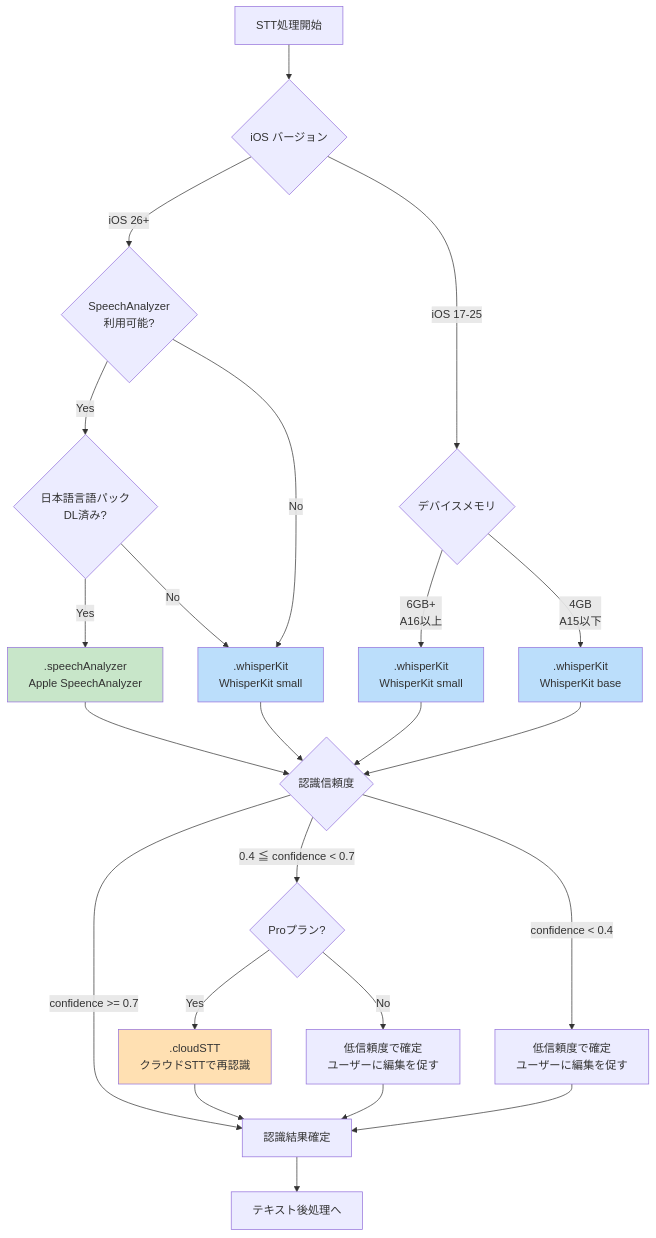
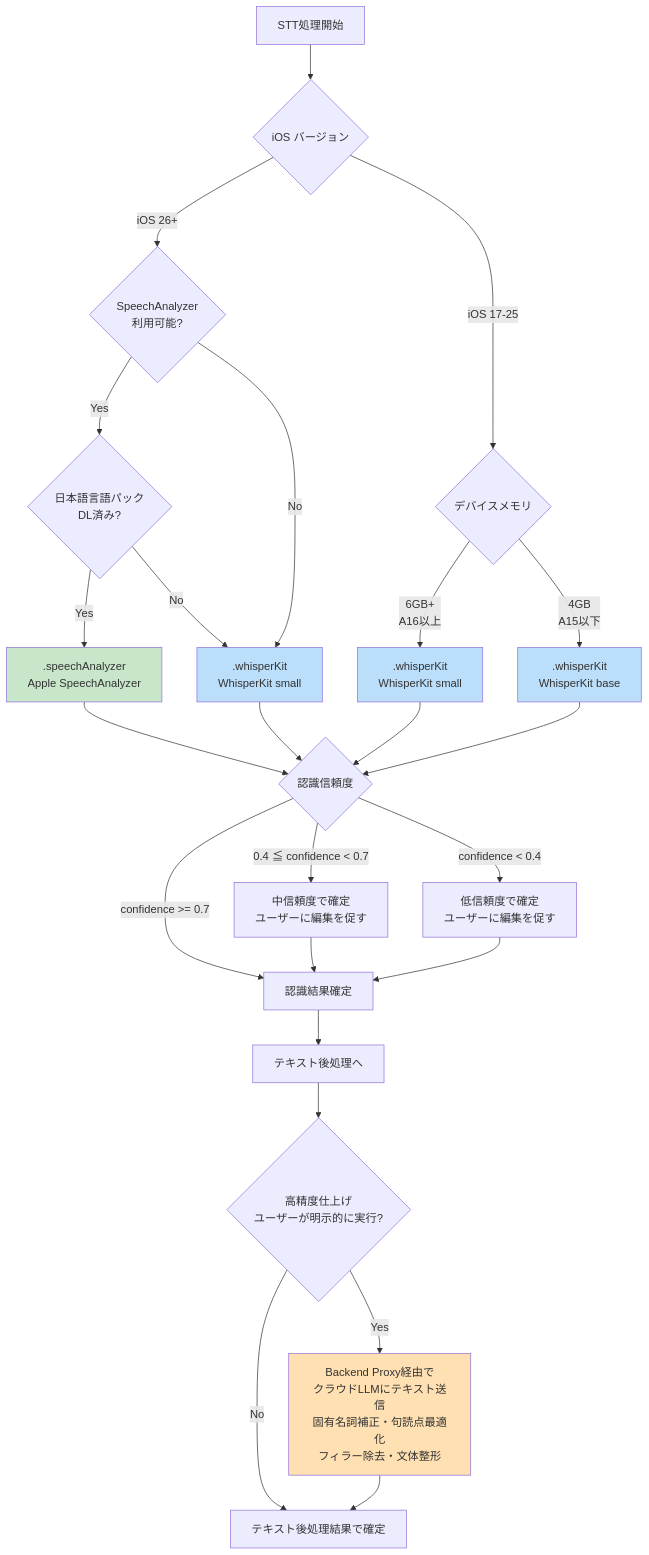
The third of 8 diagrams in docs/spec/ai-voice-memo/design/02-ai-pipeline.md (yoskmr/VoiceMemo), drawn with Mermaid before and after one commit. The commit also changed other lines of this file and 31 other files, not shown here.

````diff
--- a/docs/spec/ai-voice-memo/design/02-ai-pipeline.md
+++ b/docs/spec/ai-voice-memo/design/02-ai-pipeline.md
@@ -439,36 +441,37 @@
 ```mermaid
 flowchart TD
     A[STT処理開始] --> B{iOS バージョン}
 
     B -->|iOS 26+| C{SpeechAnalyzer<br/>利用可能?}
     C -->|Yes| D{日本語言語パック<br/>DL済み?}
     D -->|Yes| E[".speechAnalyzer"<br/>Apple SpeechAnalyzer]
     D -->|No| F[".whisperKit"<br/>WhisperKit small]
     C -->|No| F
 
     B -->|iOS 17-25| G{デバイスメモリ}
     G -->|6GB+<br/>A16以上| H[".whisperKit"<br/>WhisperKit small]
     G -->|4GB<br/>A15以下| I[".whisperKit"<br/>WhisperKit base]
 
     E --> J{認識信頼度}
     F --> J
     H --> J
     I --> J
 
     J -->|confidence >= 0.7| K[認識結果確定]
-    J -->|0.4 ≦ confidence < 0.7| L{Proプラン?}
+    J -->|0.4 ≦ confidence < 0.7| N[中信頼度で確定<br/>ユーザーに編集を促す]
     J -->|confidence < 0.4| N2[低信頼度で確定<br/>ユーザーに編集を促す]
-    L -->|Yes| M[".cloudSTT"<br/>クラウドSTTで再認識]
-    L -->|No| N[低信頼度で確定<br/>ユーザーに編集を促す]
-    M --> K
     N --> K
     N2 --> K
 
     K --> O[テキスト後処理へ]
+    O --> O2{高精度仕上げ<br/>ユーザーが明示的に実行?}
+    O2 -->|Yes| O3[Backend Proxy経由で<br/>クラウドLLMにテキスト送信<br/>固有名詞補正・句読点最適化<br/>フィラー除去・文体整形]
+    O2 -->|No| O4[テキスト後処理結果で確定]
+    O3 --> O4
 
     style E fill:#c8e6c9
     style F fill:#bbdefb
     style H fill:#bbdefb
     style I fill:#bbdefb
-    style M fill:#ffe0b2
+    style O3 fill:#ffe0b2
 ```
````
